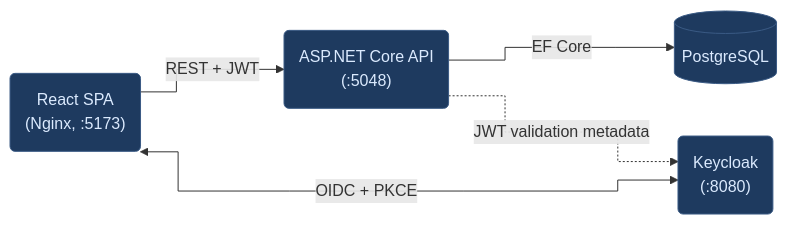
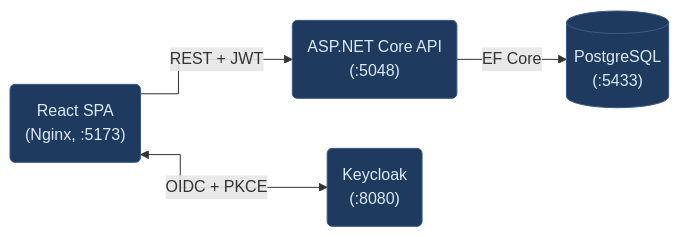
One commit to HamadSMA/personal-expense-tracker changed the diagram in README.md. Above: the diagram before and after it, drawn with Mermaid. The commit also changed other lines of this file, not shown here.

````diff
--- a/README.md
+++ b/README.md
@@ -37,16 +37,15 @@
 ```mermaid
 %%{init: {"flowchart": {"curve": "step"}}}%%
 flowchart LR
     SPA("React SPA<br/>(Nginx, :5173)")
     API("ASP.NET Core API<br/>(:5048)")
-    DB[("PostgreSQL")]
+    DB[("PostgreSQL<br/>(:5433)")]
     KC("Keycloak<br/>(:8080)")
 
     SPA -- "REST + JWT" --> API
     API -- "EF Core" --> DB
-    API -. "JWT validation metadata" .-> KC
     SPA <-- "OIDC + PKCE" --> KC
 
     classDef box fill:#1e3a5f,stroke:#3b5b85,color:#dbeafe
     class SPA,API,DB,KC box
 ```
````
